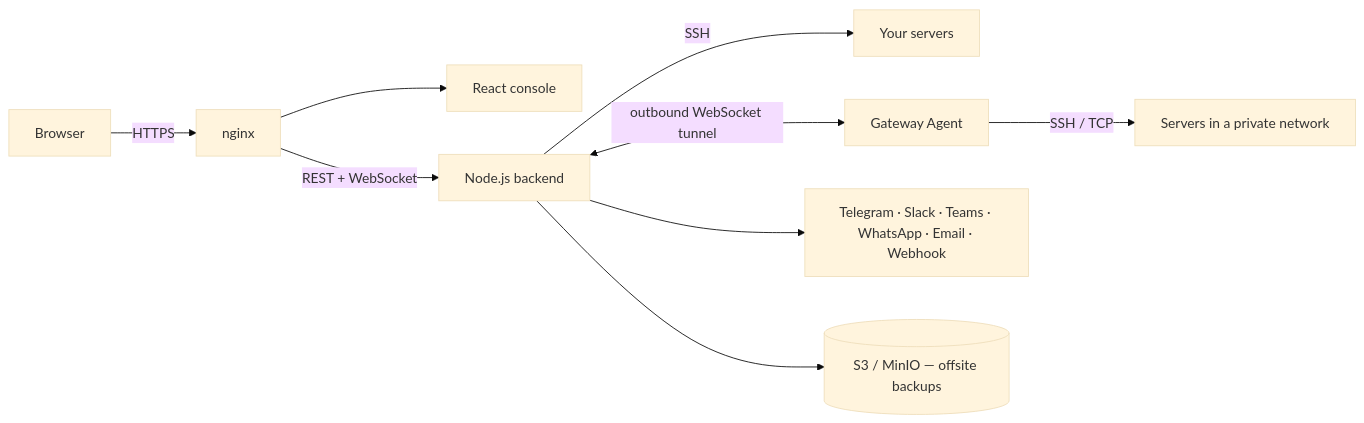
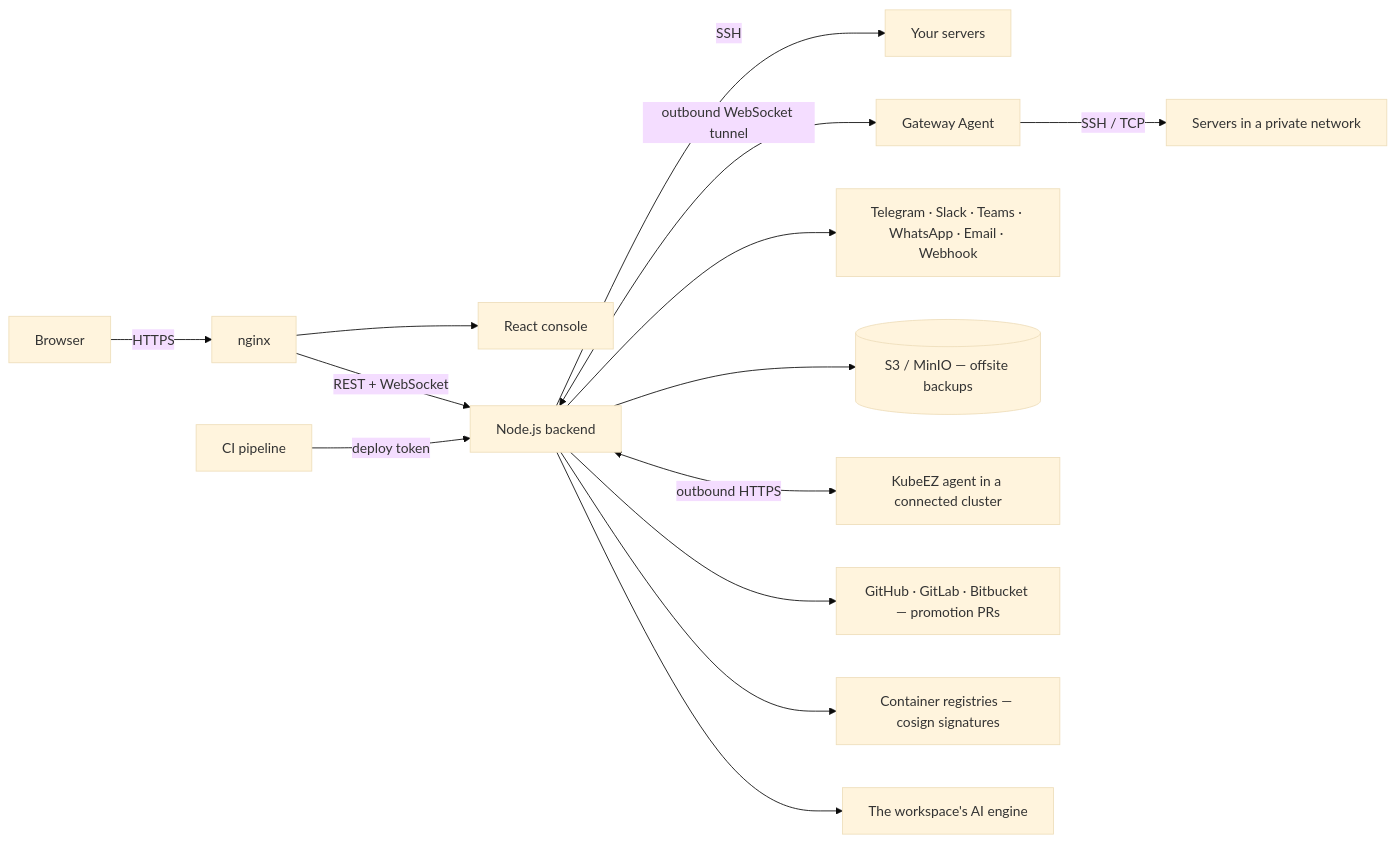
The diagram in README.md (ckmine11/Universal-K8s-Installer), drawn with Mermaid (base theme) before and after one commit. The commit also changed other lines of this file and 15 other files, not shown here.

````diff
--- a/README.md
+++ b/README.md
@@ -81,11 +95,16 @@
 ```mermaid
 graph LR
     Browser -->|HTTPS| Proxy[nginx]
     Proxy --> FE[React console]
     Proxy -->|REST + WebSocket| BE[Node.js backend]
     BE -->|SSH| Nodes[Your servers]
     BE <-->|outbound WebSocket tunnel| Agent[Gateway Agent]
     Agent -->|SSH / TCP| Private[Servers in a private network]
     BE --> Alerts[Telegram · Slack · Teams · WhatsApp · Email · Webhook]
     BE --> S3[(S3 / MinIO — offsite backups)]
+    BE <-->|outbound HTTPS| KAgent[KubeEZ agent in a connected cluster]
+    BE --> Git[GitHub · GitLab · Bitbucket — promotion PRs]
+    BE --> Reg[Container registries — cosign signatures]
+    BE --> AI[The workspace's AI engine]
+    CI[CI pipeline] -->|deploy token| BE
 ```
````
